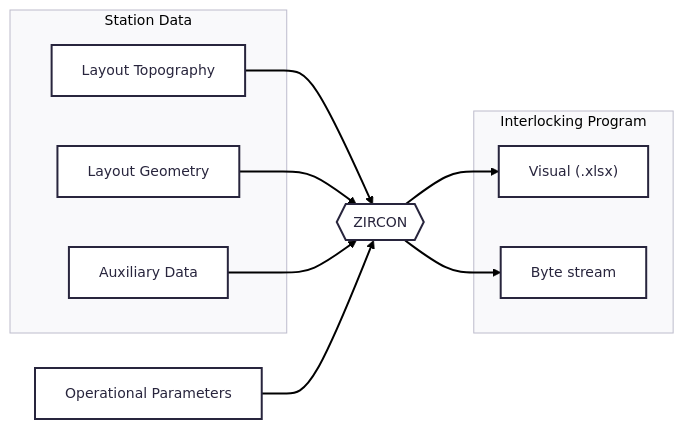
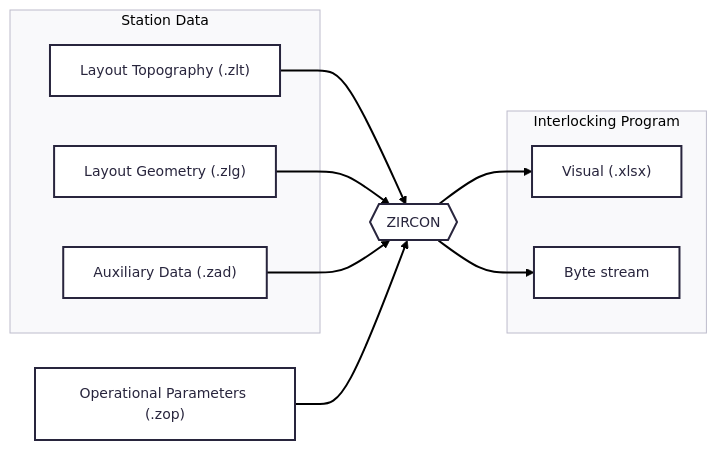
Before and after one commit to 7diogo-luis/ZIRCON: the diagram in README.md, drawn with Mermaid.

````diff
--- a/README.md
+++ b/README.md
@@ -6,29 +6,29 @@
 ```mermaid
 ---
 config:
   theme: redux
   layout: fixed
 ---
 flowchart LR
  subgraph s1["Station Data"]
-        n9["Layout Topography"]
-        n10["Layout Geometry"]
-        n11["Auxiliary Data"]
+        n9["Layout Topography (.zlt)"]
+        n10["Layout Geometry (.zlg)"]
+        n11["Auxiliary Data (.zad)"]
   end
  subgraph s2["Interlocking Program"]
         n12["Visual (.xlsx)"]
         n13@{ label: "<span style=\"color:\">Byte stream</span>" }
   end
     n9 --> n1["ZIRCON"]
     n10 --> n1
     n11 --> n1
-    n8["Operational Parameters"] --> n1
+    n8["Operational Parameters (.zop)"] --> n1
     n1 --> n12 & n13
     n9@{ shape: rect}
     n10@{ shape: rect}
     n11@{ shape: rect}
     n12@{ shape: rect}
     n13@{ shape: rect}
     n1@{ shape: hex}
     n8@{ shape: rect}
 ```
````
